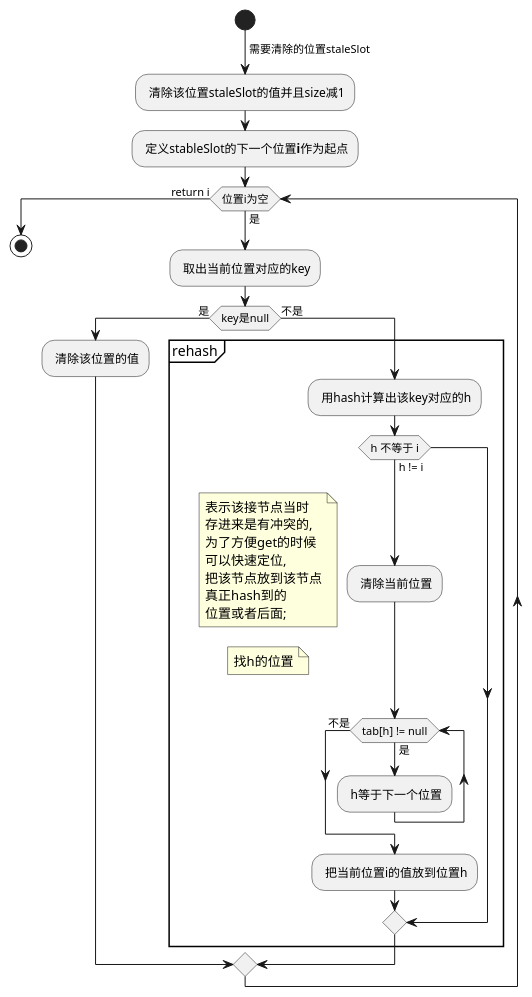
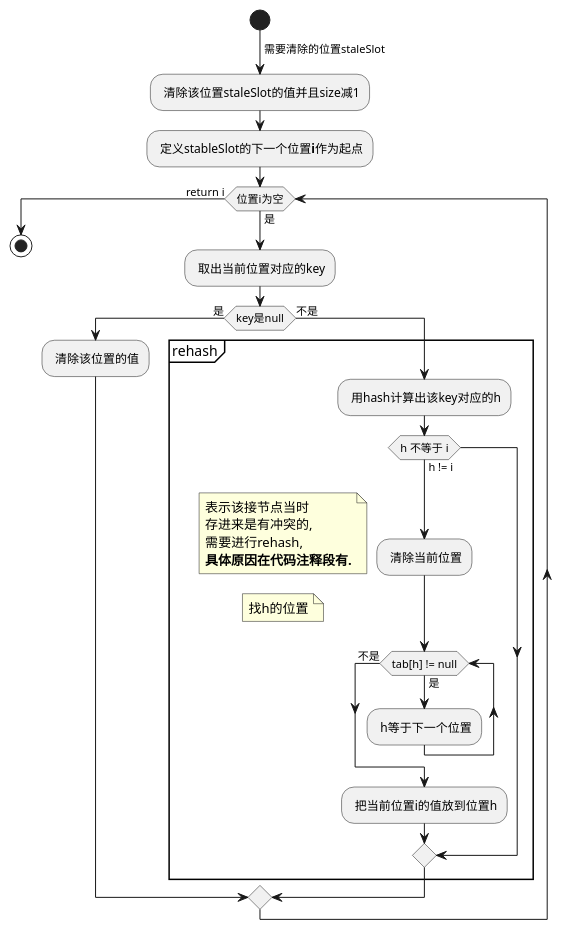
One commit to nicktming/code changed the diagram in JavaBasics/src/com/sourcecode/threadlocal/threadlocal-expungeStaleEntry.puml. Above: the diagram before and after it, drawn with PlantUML. The commit also changed 3 other files, not shown here.

```diff
--- a/JavaBasics/src/com/sourcecode/threadlocal/threadlocal-expungeStaleEntry.puml
+++ b/JavaBasics/src/com/sourcecode/threadlocal/threadlocal-expungeStaleEntry.puml
@@ -1,36 +1,33 @@
 @startuml
 start
 -> 需要清除的位置staleSlot;
 : 清除该位置staleSlot的值并且size减1;
 : 定义stableSlot的下一个位置**i**作为起点;
 while (位置i为空) is (是)
     : 取出当前位置对应的key;
     if (key是null) then (是)
         : 清除该位置的值;
     else (不是)
         partition rehash {
             : 用hash计算出该key对应的h;
             if (h 不等于 i) then (h != i)
                 : 清除当前位置;
                 note left
                 表示该接节点当时
                 存进来是有冲突的,
-                为了方便get的时候
-                可以快速定位,
-                把该节点放到该节点
-                真正hash到的
-                位置或者后面;
+                需要进行rehash,
+                **具体原因在代码注释段有.**
                 end note
                 note left: 找h的位置
                 while(tab[h] != null) is (是)
                 : h等于下一个位置;
                 endwhile (不是)
 
                 : 把当前位置i的值放到位置h;
 
             endif;
          }
     endif;
 endwhile (return i);
 stop
 @enduml
```
